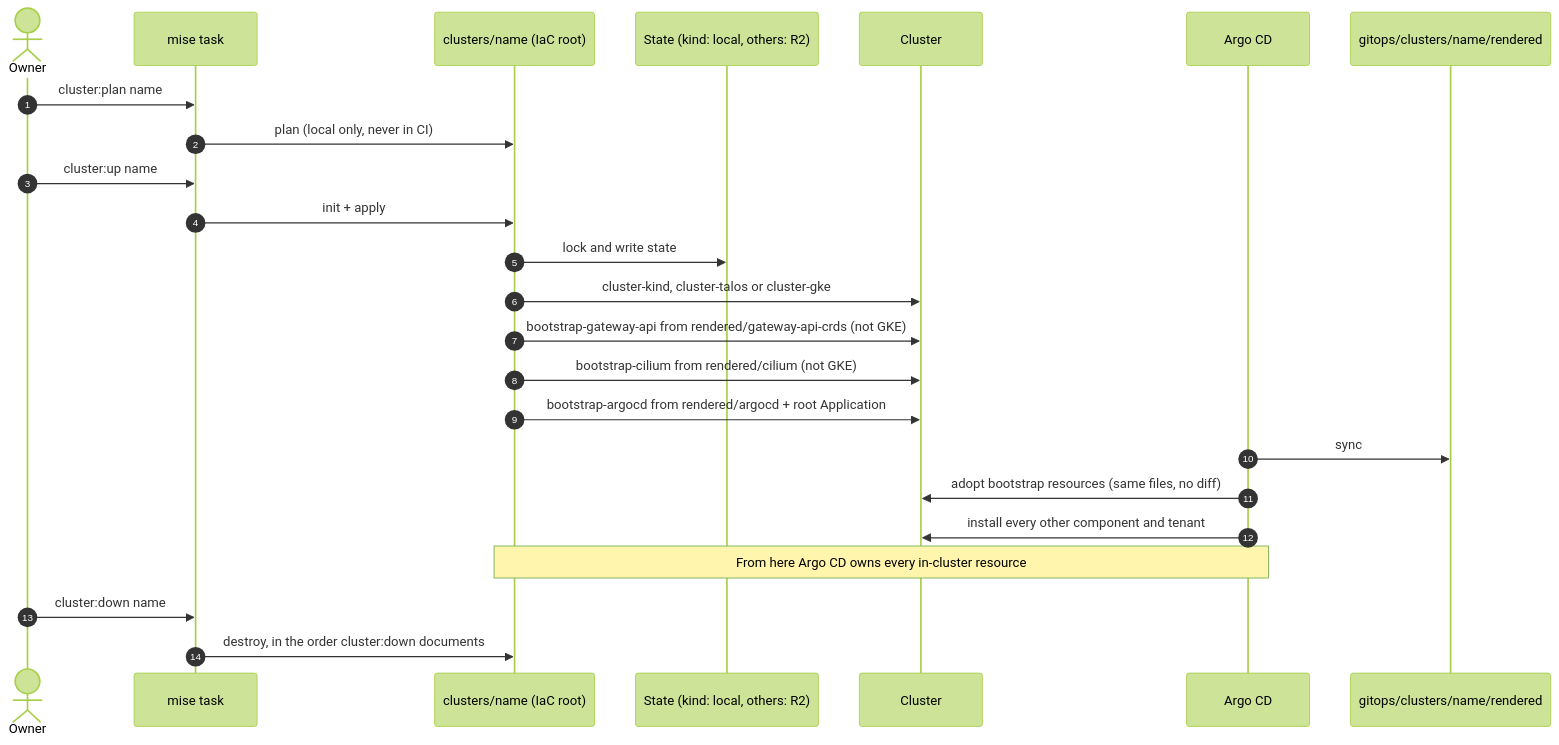
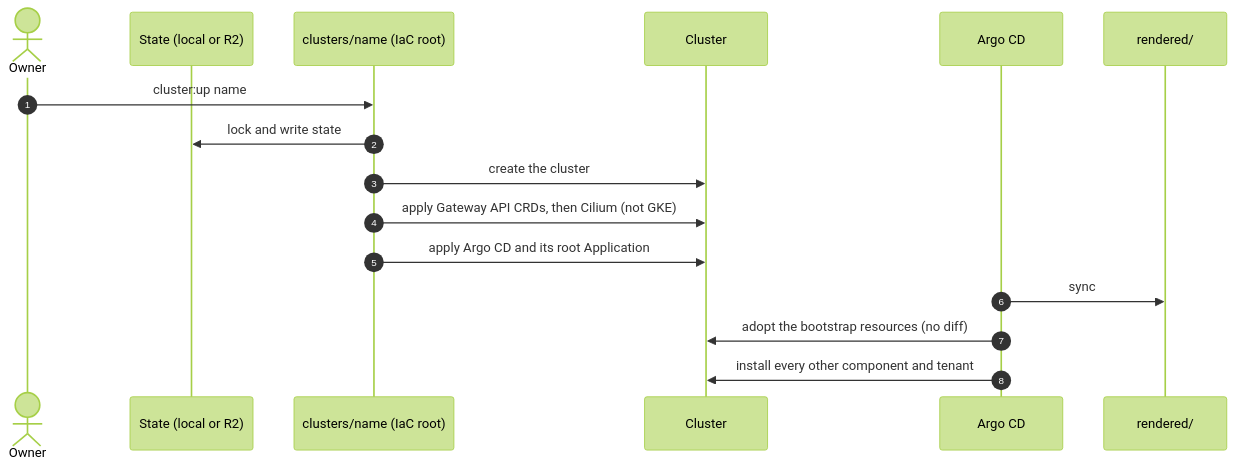
Before and after one commit to gsuquet/infra: the diagram in docs/concepts/cluster-lifecycle.md, drawn with Mermaid (forest theme). The commit also changed other lines of this file and 16 other files, not shown here.

````diff
--- a/docs/concepts/cluster-lifecycle.md
+++ b/docs/concepts/cluster-lifecycle.md
@@ -10,27 +13,19 @@
 ```mermaid
 sequenceDiagram
     autonumber
     actor Owner
-    participant Mise as mise task
+    participant State as State (local or R2)
     participant Root as clusters/name (IaC root)
-    participant State as State (kind: local, others: R2)
     participant K8s as Cluster
     participant Argo as Argo CD
-    participant Git as gitops/clusters/name/rendered
+    participant Git as rendered/
 
-    Owner->>Mise: cluster:plan name
-    Mise->>Root: plan (local only, never in CI)
-    Owner->>Mise: cluster:up name
-    Mise->>Root: init + apply
+    Owner->>Root: cluster:up name
     Root->>State: lock and write state
-    Root->>K8s: cluster-kind, cluster-talos or cluster-gke
-    Root->>K8s: bootstrap-gateway-api from rendered/gateway-api-crds (not GKE)
-    Root->>K8s: bootstrap-cilium from rendered/cilium (not GKE)
-    Root->>K8s: bootstrap-argocd from rendered/argocd + root Application
+    Root->>K8s: create the cluster
+    Root->>K8s: apply Gateway API CRDs, then Cilium (not GKE)
+    Root->>K8s: apply Argo CD and its root Application
     Argo->>Git: sync
-    Argo->>K8s: adopt bootstrap resources (same files, no diff)
+    Argo->>K8s: adopt the bootstrap resources (no diff)
     Argo->>K8s: install every other component and tenant
-    Note over Root,Argo: From here Argo CD owns every in-cluster resource
-    Owner->>Mise: cluster:down name
-    Mise->>Root: destroy, in the order cluster:down documents
 ```
````
